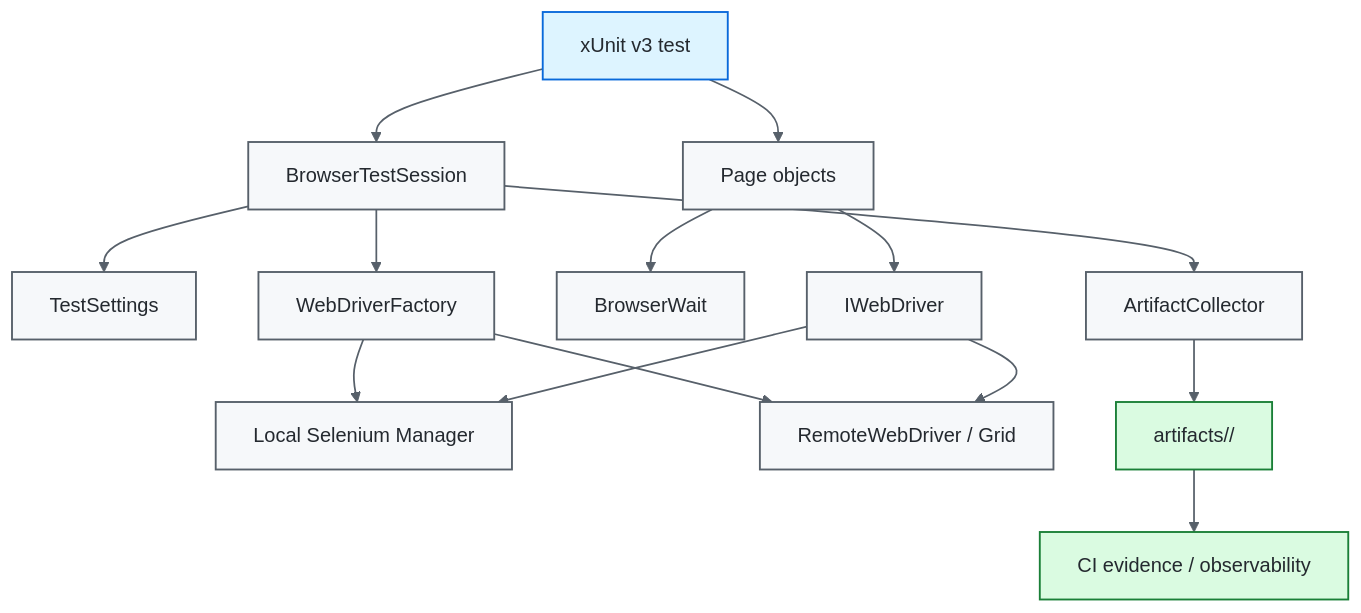
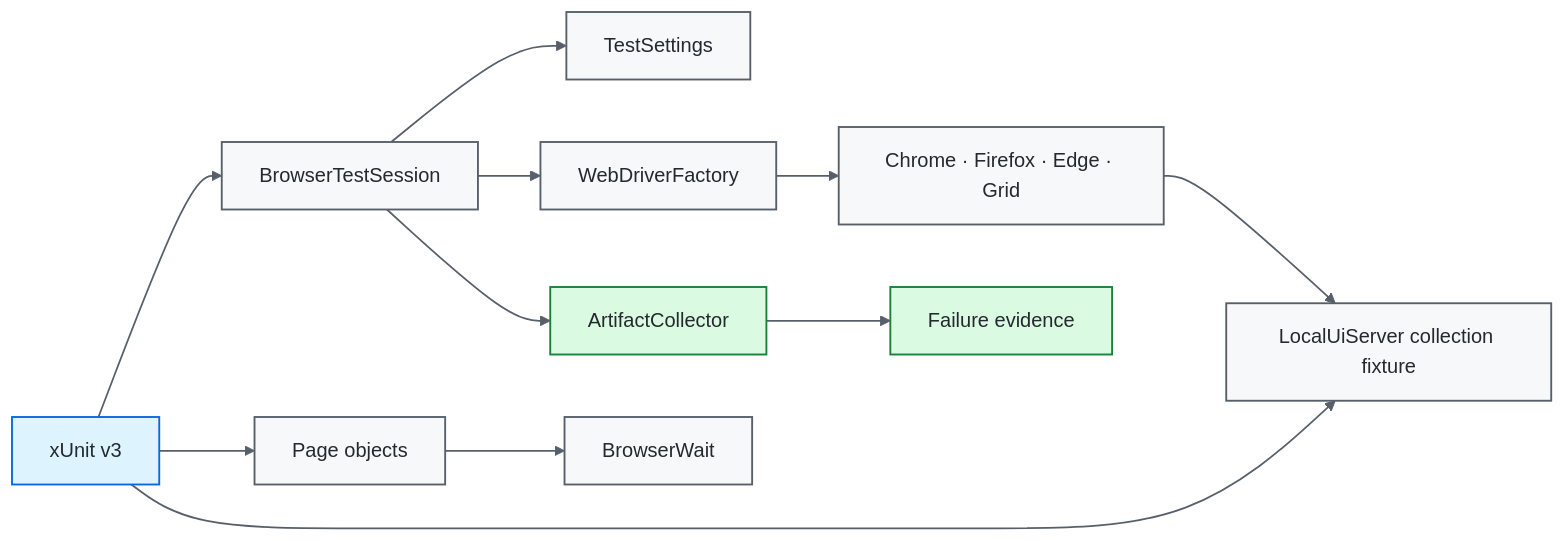
Before and after one commit to portyu9/qa-automation-dotnet-selenium: the diagram in README.md, drawn with Mermaid. The commit also changed other lines of this file and 11 other files, not shown here.

First line of the commit message:
Make Selenium CI deterministic with native local UI fixture (#24)

````diff
--- a/README.md
+++ b/README.md
@@ -96,25 +35,21 @@
 ```mermaid
-flowchart TD
-    TEST[xUnit v3 test] --> SESSION[BrowserTestSession]
+flowchart LR
+    TEST[xUnit v3] --> SESSION[BrowserTestSession]
     SESSION --> CFG[TestSettings]
-    SESSION --> FACTORY[WebDriverFactory]
-    FACTORY --> LOCAL[Local Selenium Manager]
-    FACTORY --> GRID[RemoteWebDriver / Grid]
+    SESSION --> DRIVER[WebDriverFactory]
     TEST --> PAGE[Page objects]
     PAGE --> WAIT[BrowserWait]
-    PAGE --> DRIVER[IWebDriver]
-    DRIVER --> LOCAL
-    DRIVER --> GRID
+    TEST --> FIX[LocalUiServer collection fixture]
+    DRIVER --> BROWSER[Chrome · Firefox · Edge · Grid]
+    BROWSER --> FIX
     SESSION --> ART[ArtifactCollector]
-    ART --> OUT[artifacts/<run>/<test>]
-    OUT --> CI[CI evidence / observability]
+    ART --> EV[Failure evidence]
 
     classDef entry fill:#ddf4ff,stroke:#0969da,color:#24292f,stroke-width:1.5px;
     classDef core fill:#f6f8fa,stroke:#57606a,color:#24292f,stroke-width:1.5px;
-    classDef gate fill:#fbefff,stroke:#8250df,color:#24292f,stroke-width:1.5px;
     classDef evidence fill:#dafbe1,stroke:#1a7f37,color:#24292f,stroke-width:1.5px;
     class TEST entry;
-    class SESSION,CFG,FACTORY,LOCAL,GRID,PAGE,WAIT,DRIVER,ART core;
-    class OUT,CI evidence;
+    class SESSION,CFG,DRIVER,PAGE,WAIT,FIX,BROWSER core;
+    class ART,EV evidence;
     linkStyle default stroke:#57606a,stroke-width:1.4px;
 ```
````
